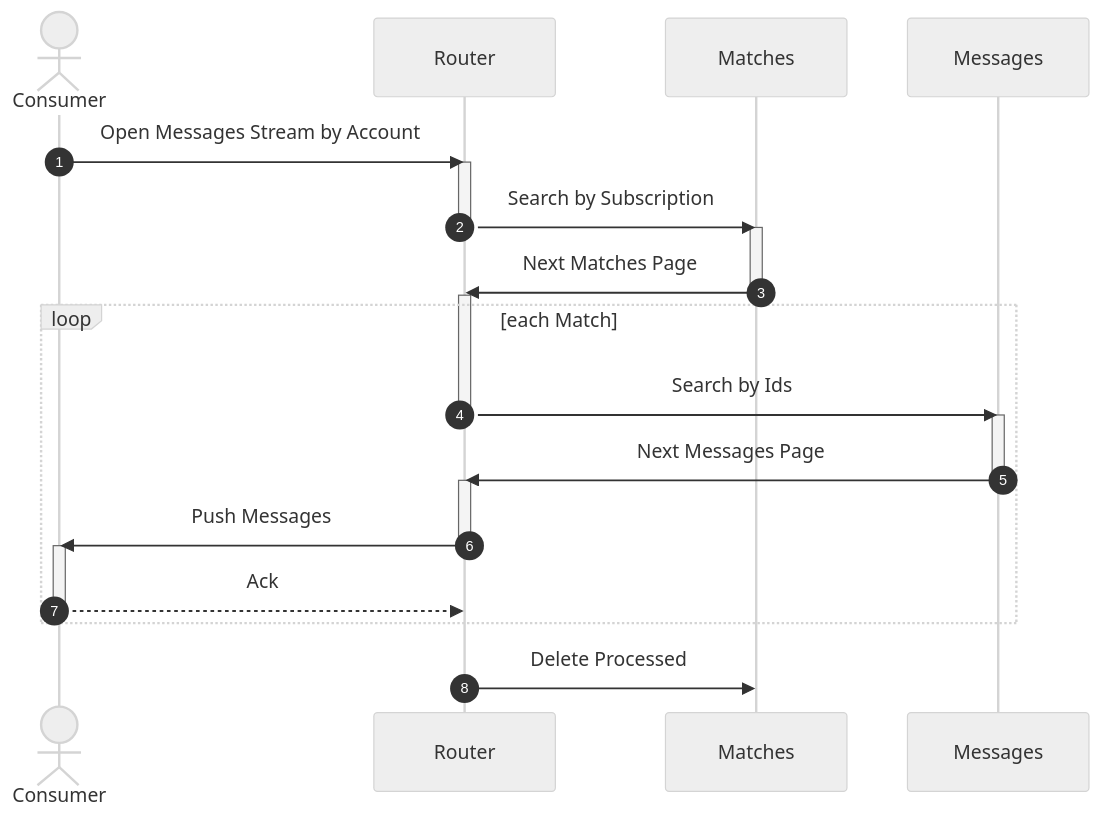
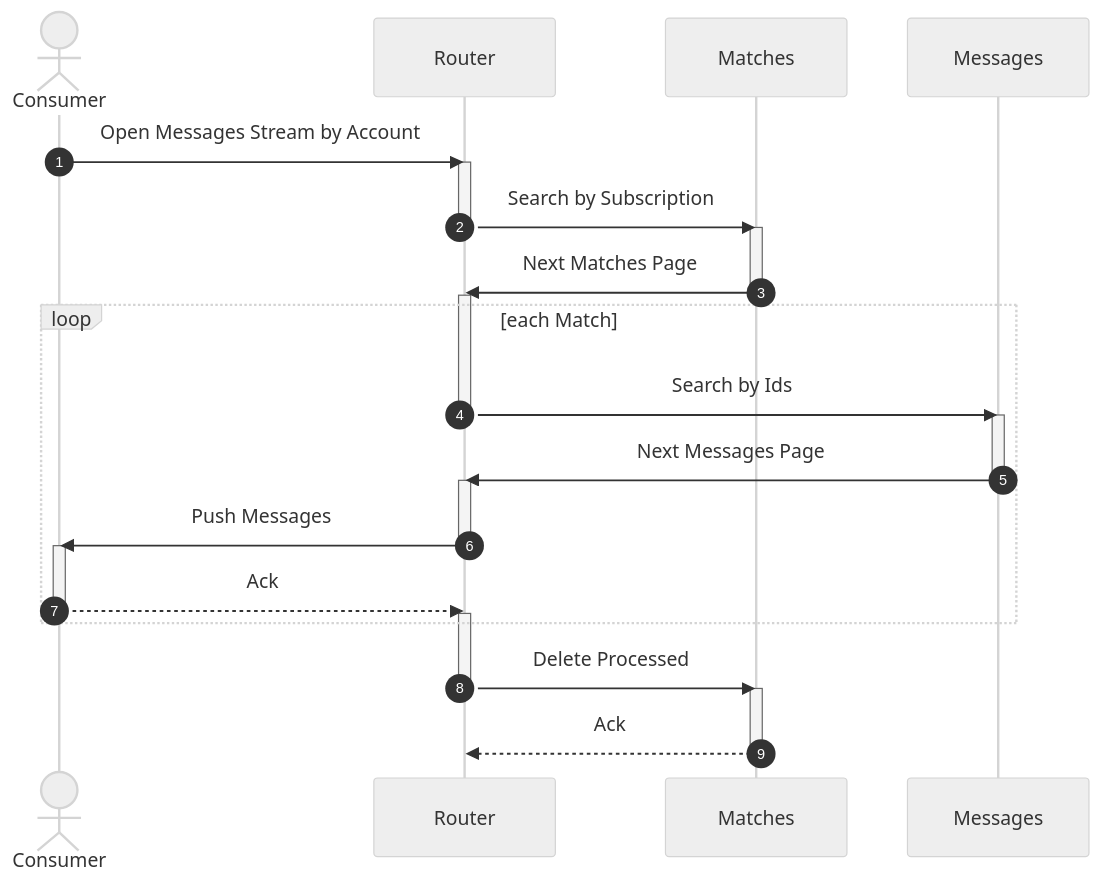
One commit to awakari/.github changed the second of 2 diagrams in profile/README.md. Above: the diagram before and after it, drawn with Mermaid.

Commit message:
readme update

````diff
--- a/profile/README.md
+++ b/profile/README.md
@@ -179,44 +179,51 @@
 ```mermaid
 %%{init: {'theme': 'neutral' } }%%
 sequenceDiagram
 
     autonumber
 
     actor Consumer
     participant Router
     participant Matches
     participant Messages
 
     Consumer->>Router: Open Messages Stream by Account
     
     activate Router
     Router->>Matches: Search by Subscription
     deactivate Router
     
     activate Matches
     Matches->>Router: Next Matches Page
     deactivate Matches
 
     activate Router    
     loop each Match      
         
         Router->>Messages: Search by Ids
         deactivate Router
     
         activate Messages
         Messages->>Router: Next Messages Page
         deactivate Messages
         
         activate Router
         Router->>Consumer: Push Messages
         deactivate Router
 
         activate Consumer
         Consumer-->>Router: Ack
         deactivate Consumer
         
+        activate Router
+        
     end
 
     Router->>Matches: Delete Processed
+    deactivate Router
+    
+    activate Matches
+    Matches-->>Router: Ack
+    deactivate Matches
     
 ```
````
